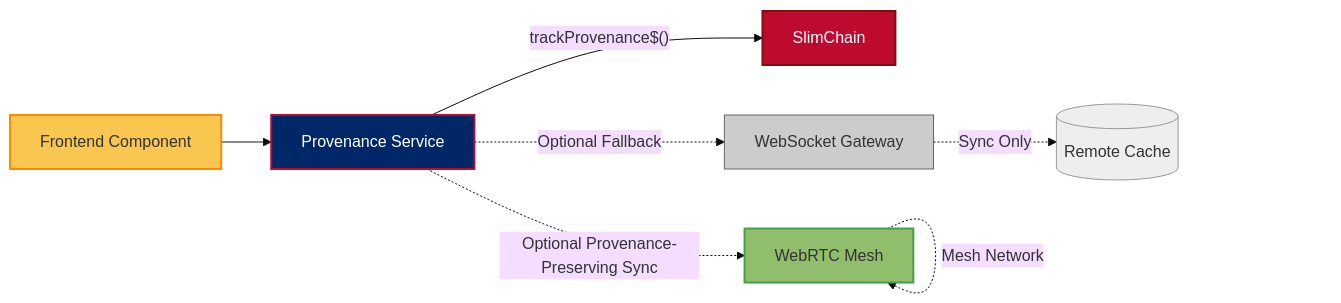
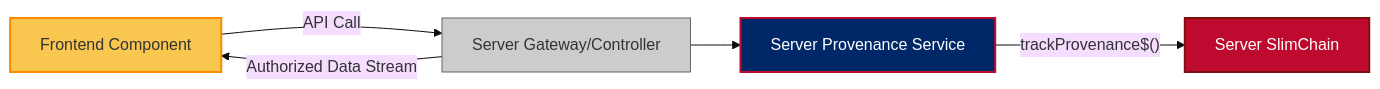
Before and after one commit to JeffreySanford/forge-board: the seventh of 7 diagrams in forgeboard-frontend/src/assets/documentation/CODING-STANDARDS.md, drawn with Mermaid (base theme). The commit also changed other lines of this file and 53 other files, not shown here.

````diff
--- a/forgeboard-frontend/src/assets/documentation/CODING-STANDARDS.md
+++ b/forgeboard-frontend/src/assets/documentation/CODING-STANDARDS.md
@@ -215,16 +217,12 @@
 ```mermaid
 flowchart LR
-  FE[Frontend Component]:::component --> SVC[Provenance Service]:::service
-  SVC -->|"trackProvenance$()"| CHAIN[SlimChain]:::chain
-  SVC -.->|"Optional Provenance-Preserving Sync"| P2P[WebRTC Mesh]:::p2p
-  SVC -.->|"Optional Fallback"| WS[WebSocket Gateway]:::backend
-  P2P -.->|"Mesh Network"| P2P
-  WS -.->|"Sync Only"| DB[(Remote Cache)]:::db
+  FE[Frontend Component]:::component -->|"API Call"| ServerGW[Server Gateway/Controller]:::backend
+  ServerGW --> SVCS[Server Provenance Service]:::service
+  SVCS -->|"trackProvenance$()"| CHAIN[Server SlimChain]:::chain
+  ServerGW -->|"Authorized Data Stream"| FE
   
   classDef component fill:#F9C74F,stroke:#FB8C00,stroke-width:2px;
+  classDef backend fill:#CCCCCC,stroke:#666666,stroke-width:1px;
   classDef service fill:#002868,stroke:#BF0A30,stroke-width:2px,color:#FFFFFF;
   classDef chain fill:#BF0A30,stroke:#7D100E,stroke-width:2px,color:#FFFFFF;
-  classDef p2p fill:#90BE6D,stroke:#43A047,stroke-width:2px;
-  classDef backend fill:#CCCCCC,stroke:#666666,stroke-width:1px;
-  classDef db fill:#EEEEEE,stroke:#999999,stroke-width:1px;
 ```
````
